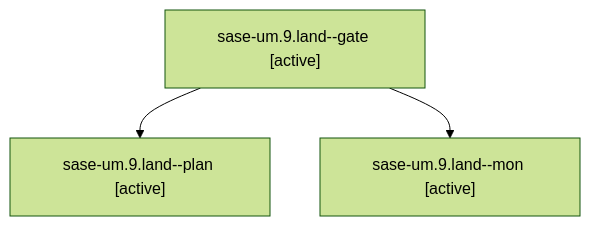
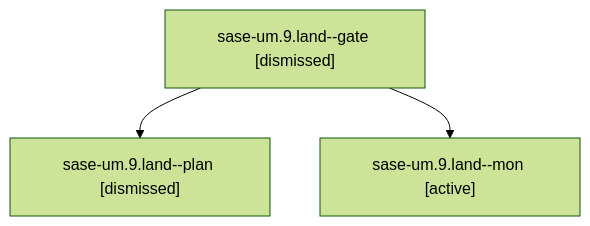
One commit to sase-org/sase--agents changed the diagram in sessions/bbugyi200.athena.sase-um.9.land.md. Above: the diagram before and after it, drawn with Mermaid (forest theme). The commit also changed other lines of this file and 240 other files, not shown here.

````diff
--- a/sessions/bbugyi200.athena.sase-um.9.land.md
+++ b/sessions/bbugyi200.athena.sase-um.9.land.md
@@ -9,8 +9,8 @@
 ```mermaid
 flowchart TD
-  n0["sase-um.9.land--gate [active]"]
-  n1["sase-um.9.land--plan [active]"]
+  n0["sase-um.9.land--gate [dismissed]"]
+  n1["sase-um.9.land--plan [dismissed]"]
   n0 --> n1
   n2["sase-um.9.land--mon [active]"]
   n0 --> n2
 ```
````
